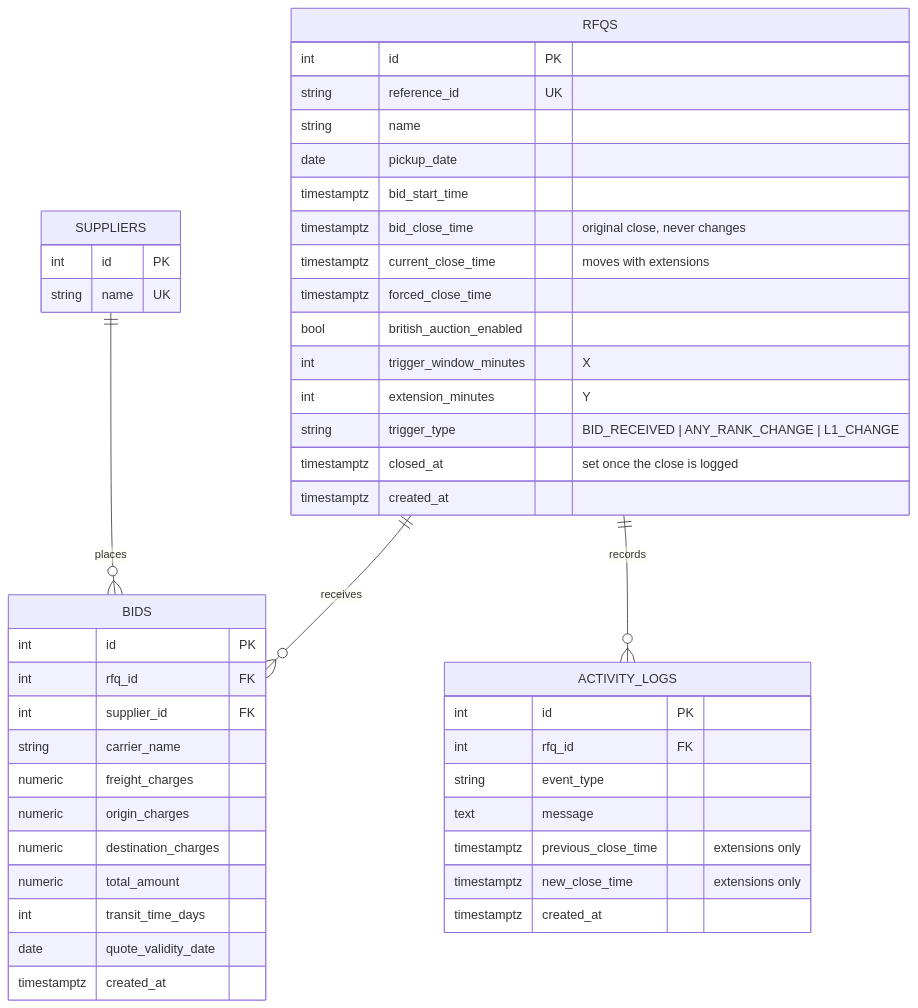
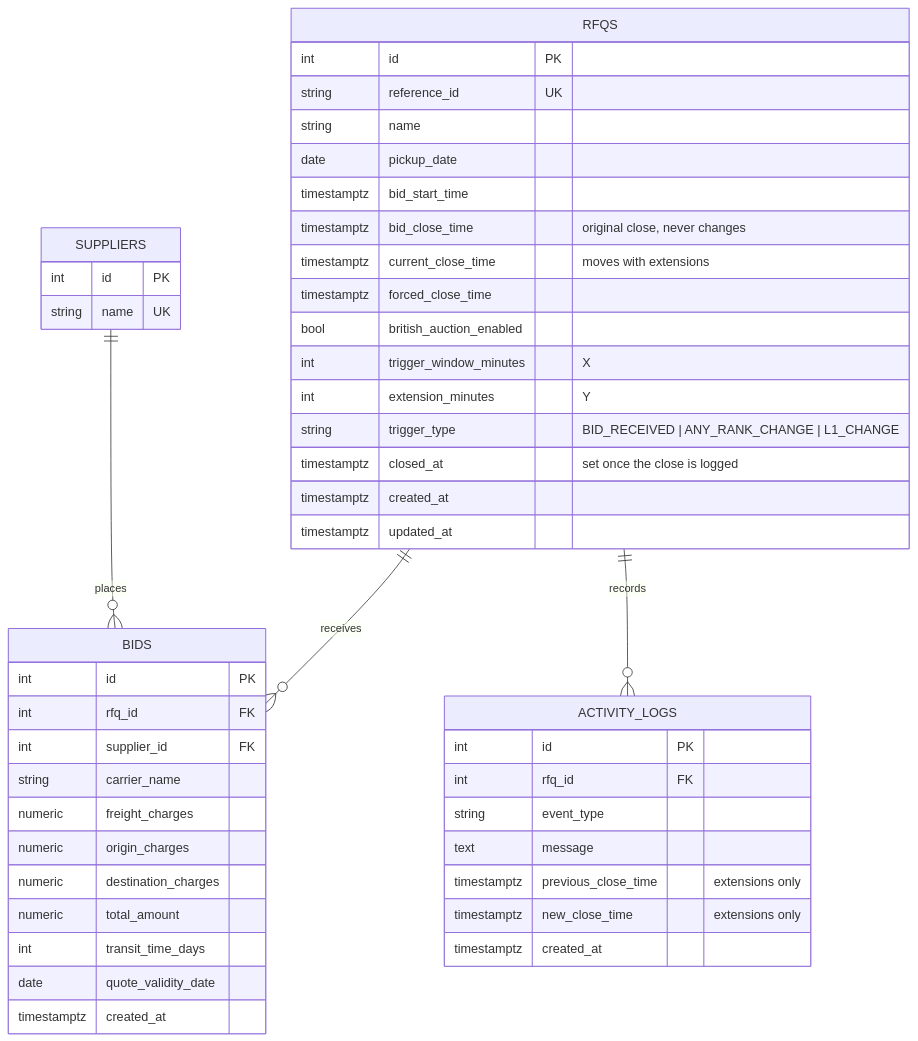
One commit to dev-shubhamroy/british-auction-rfq changed the second of 2 diagrams in docs/DESIGN.md. Above: the diagram before and after it, drawn with Mermaid. The commit also changed other lines of this file and 11 other files, not shown here.

````diff
--- a/docs/DESIGN.md
+++ b/docs/DESIGN.md
@@ -55,49 +60,50 @@
 ```mermaid
 erDiagram
     RFQS ||--o{ BIDS : receives
     SUPPLIERS ||--o{ BIDS : places
     RFQS ||--o{ ACTIVITY_LOGS : records
 
     RFQS {
         int id PK
         string reference_id UK
         string name
         date pickup_date
         timestamptz bid_start_time
         timestamptz bid_close_time "original close, never changes"
         timestamptz current_close_time "moves with extensions"
         timestamptz forced_close_time
         bool british_auction_enabled
         int trigger_window_minutes "X"
         int extension_minutes "Y"
         string trigger_type "BID_RECEIVED | ANY_RANK_CHANGE | L1_CHANGE"
         timestamptz closed_at "set once the close is logged"
         timestamptz created_at
+        timestamptz updated_at
     }
     SUPPLIERS {
         int id PK
         string name UK
     }
     BIDS {
         int id PK
         int rfq_id FK
         int supplier_id FK
         string carrier_name
         numeric freight_charges
         numeric origin_charges
         numeric destination_charges
         numeric total_amount
         int transit_time_days
         date quote_validity_date
         timestamptz created_at
     }
     ACTIVITY_LOGS {
         int id PK
         int rfq_id FK
         string event_type
         text message
         timestamptz previous_close_time "extensions only"
         timestamptz new_close_time "extensions only"
         timestamptz created_at
     }
 ```
````
